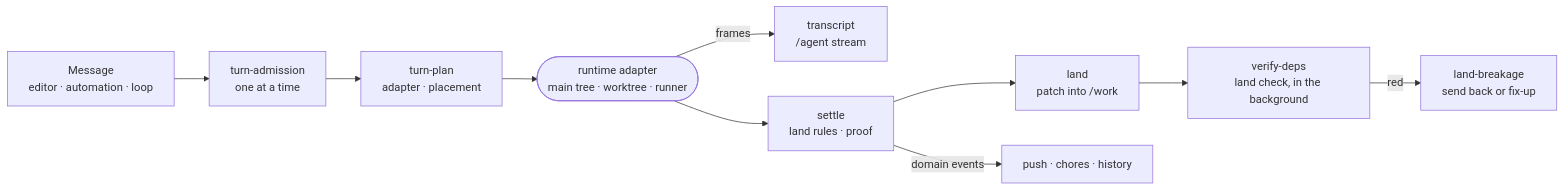
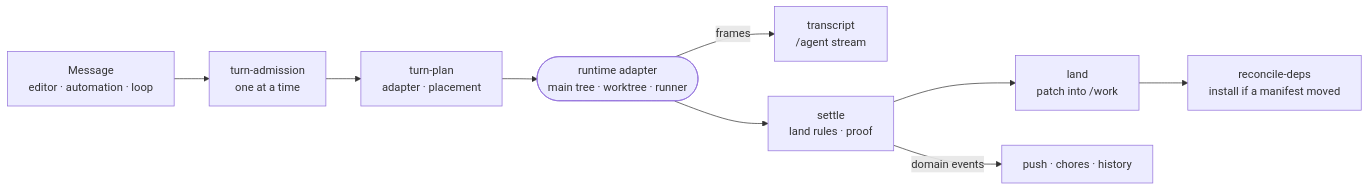
Before and after one commit to intentic/intentic: the diagram in _sandbox/sandbox/docs/subsystems.md, drawn with Mermaid. The commit also changed other lines of this file and 284 other files, not shown here.

First line of the commit message:
feat(workspace)!: drop Mainline and landCheck for push-checks and deps-slice

````diff
--- a/_sandbox/sandbox/docs/subsystems.md
+++ b/_sandbox/sandbox/docs/subsystems.md
@@ -5,12 +5,11 @@
 ```mermaid
 flowchart LR
     msg["Message<br/>editor · automation · loop"] --> admit["turn-admission<br/>one at a time"]
     admit --> plan["turn-plan<br/>adapter · placement"]
     plan --> run(["runtime adapter<br/>main tree · worktree · runner"])
     run -->|"frames"| feed["transcript<br/>/agent stream"]
     run --> settle["settle<br/>land rules · proof"]
     settle --> land["land<br/>patch into /work"]
-    land --> verify["verify-deps<br/>land check, in the background"]
-    verify -->|"red"| route["land-breakage<br/>send back or fix-up"]
+    land --> reconcile["reconcile-deps<br/>install if a manifest moved"]
     settle -->|"domain events"| react["push · chores · history"]
 ```
````
